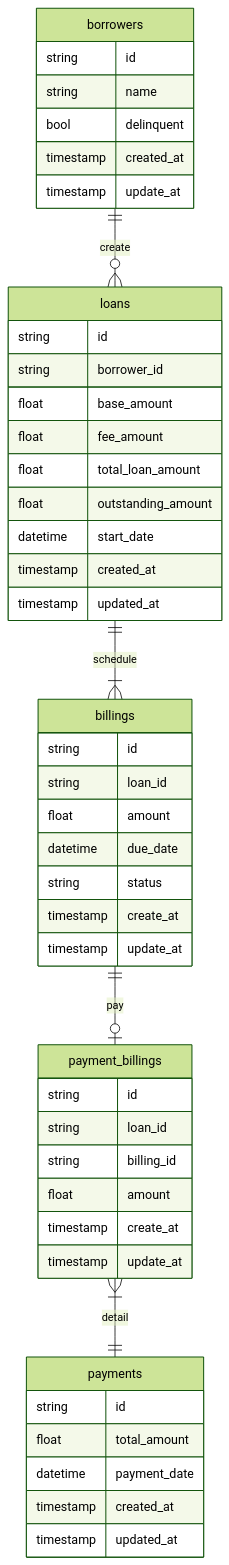
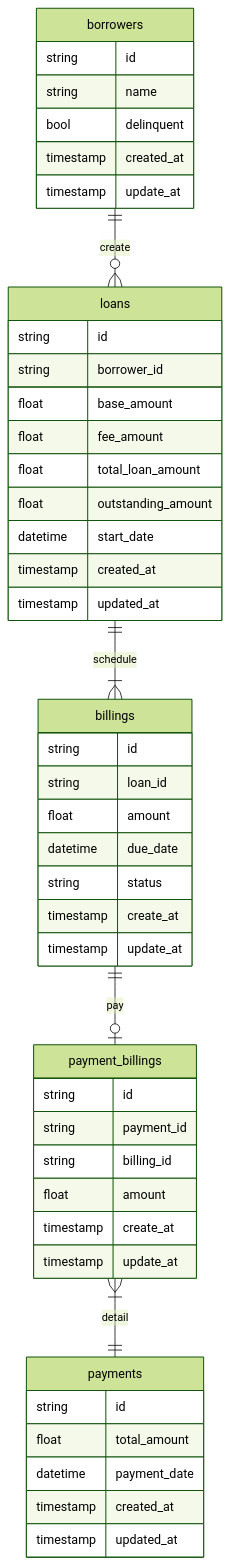
Before and after one commit to ran-jita/billing-engine: the diagram in documentation/3.database.md, drawn with Mermaid (forest theme). The commit also changed 12 other files, not shown here.

Commit message:
feat: completing make payment flow, not yet tested (wip)

````diff
--- a/documentation/3.database.md
+++ b/documentation/3.database.md
@@ -1,49 +1,49 @@
 ```mermaid
 erDiagram
 borrowers {
     string id
     string name
     bool delinquent
     timestamp created_at
     timestamp update_at
 }
 borrowers ||--o{ loans : create
 loans {
     string id
     string borrower_id
     float base_amount
     float fee_amount
     float total_loan_amount
     float outstanding_amount
     datetime start_date
     timestamp created_at
     timestamp updated_at
 }
 loans ||--|{ billings: schedule
 billings {
     string id
     string loan_id
     float amount
     datetime due_date
     string status
     timestamp create_at
     timestamp update_at
 }
 billings ||--o| payment_billings: pay
 payment_billings {
     string id
-    string loan_id
+    string payment_id
     string billing_id
     float amount
     timestamp create_at
     timestamp update_at
 }
 payment_billings }|--|| payments: detail
 payments {
     string id
     float total_amount
     datetime payment_date
     timestamp created_at
     timestamp updated_at
 }
 ```
````
